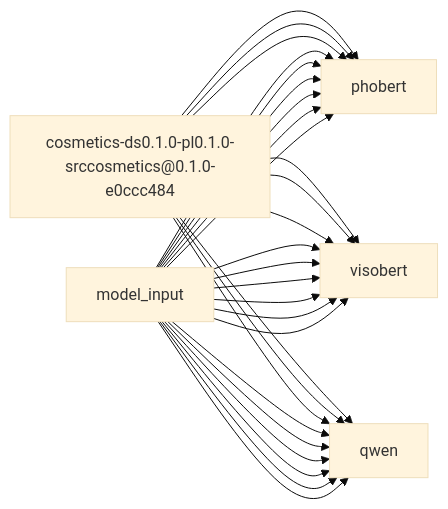
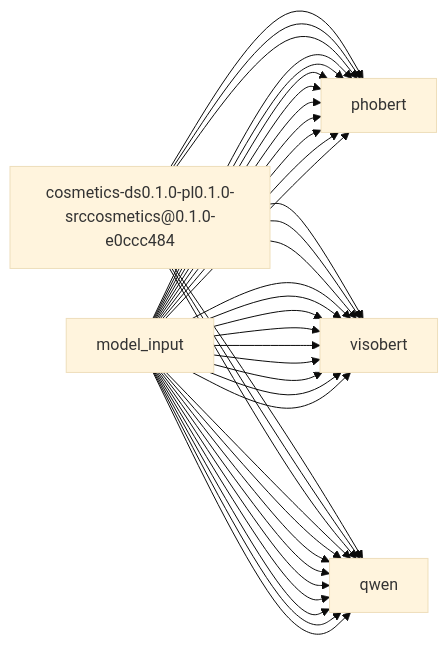
One commit to TrieuKhac-dev/SentimentX changed the diagram in data/reports/model_input/model_input.md. Above: the diagram before and after it, drawn with Mermaid (base theme). The commit also changed 2 other files, not shown here.

Commit message:
chore(experiments): clear the check run so the repo holds one experiment and no results
The three-review run was there to verify the label guide, the one-line CSV and the clarified template
on the pinned code; it did, and it is removed now. The registries are regenerated from an empty
results tree.

````diff
--- a/data/reports/model_input/model_input.md
+++ b/data/reports/model_input/model_input.md
@@ -3,35 +3,44 @@
 ```mermaid
 graph LR
   n1["cosmetics-ds0.1.0-pl0.1.0-srccosmetics@0.1.0-e0ccc484"]
   n2["phobert"]
   n3["visobert"]
   n4["qwen"]
   n5["model_input"]
   n1 --> n2
   n1 --> n2
   n1 --> n2
   n1 --> n3
   n1 --> n3
   n1 --> n3
   n1 --> n4
   n1 --> n4
   n1 --> n4
   n5 --> n2
   n5 --> n2
   n5 --> n2
   n5 --> n3
   n5 --> n3
   n5 --> n3
   n5 --> n4
   n5 --> n4
   n5 --> n4
   n5 --> n2
   n5 --> n2
   n5 --> n2
   n5 --> n3
   n5 --> n3
   n5 --> n3
   n5 --> n4
   n5 --> n4
   n5 --> n4
+  n5 --> n2
+  n5 --> n2
+  n5 --> n2
+  n5 --> n3
+  n5 --> n3
+  n5 --> n3
+  n5 --> n4
+  n5 --> n4
+  n5 --> n4
 ```
````
